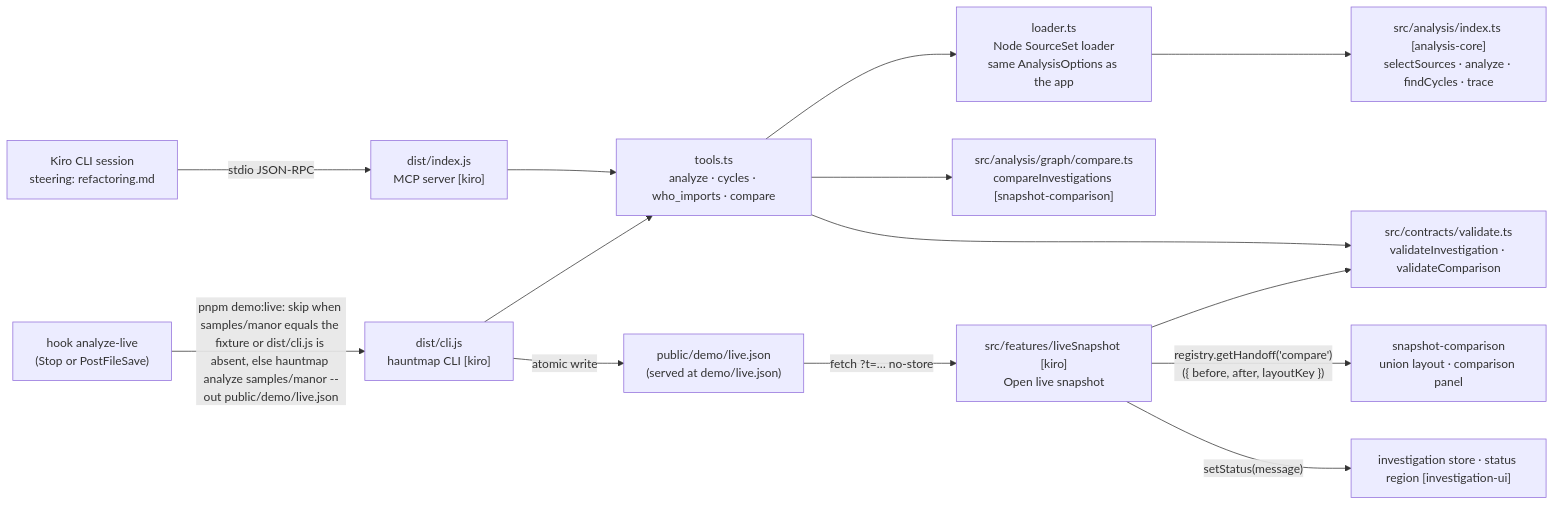
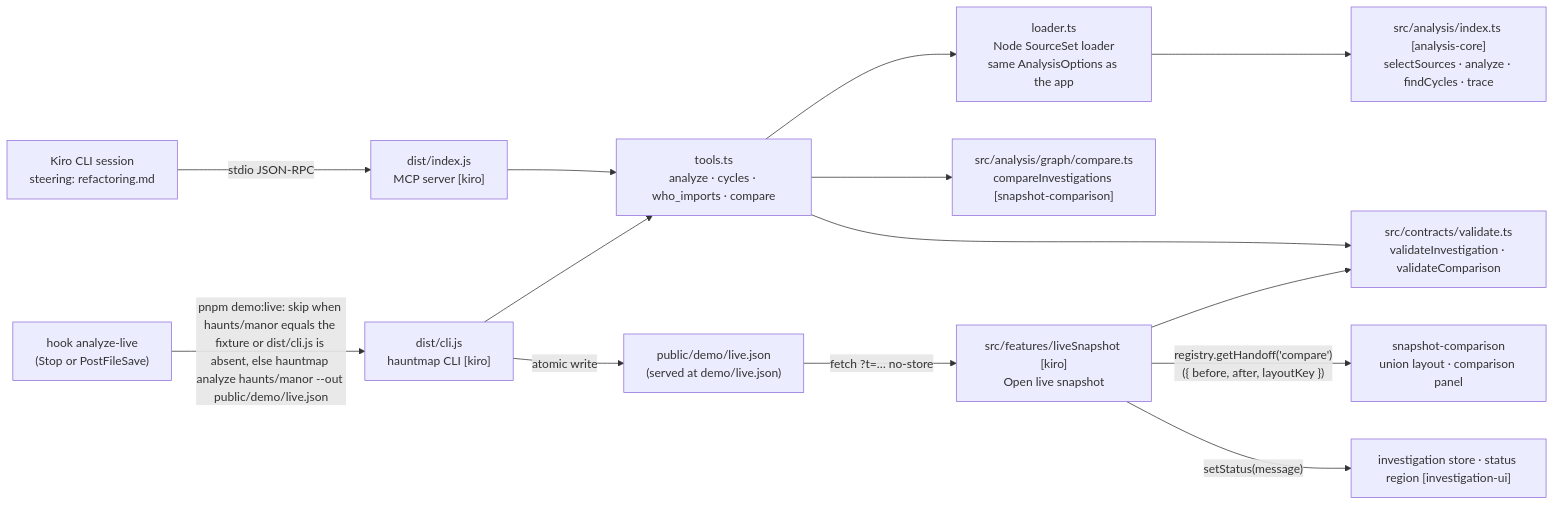
Before and after one commit to Midknight56/hauntmap: the first of 3 diagrams in .kiro/specs/kiro-integration/design.md, drawn with Mermaid. The commit also changed other lines of this file and 95 other files, not shown here.

Commit message:
Rename the working folder samples to haunts; the live label reads live:haunts/manor; button Revised manor

````diff
--- a/.kiro/specs/kiro-integration/design.md
+++ b/.kiro/specs/kiro-integration/design.md
@@ -13,16 +13,16 @@
 ```mermaid
 flowchart LR
   K["Kiro CLI session<br/>steering: refactoring.md"] -->|"stdio JSON-RPC"| S["dist/index.js<br/>MCP server [kiro]"]
-  H["hook analyze-live<br/>(Stop or PostFileSave)"] -->|"pnpm demo:live: skip when samples/manor equals the fixture or dist/cli.js is absent, else hauntmap analyze samples/manor --out public/demo/live.json"| C["dist/cli.js<br/>hauntmap CLI [kiro]"]
+  H["hook analyze-live<br/>(Stop or PostFileSave)"] -->|"pnpm demo:live: skip when haunts/manor equals the fixture or dist/cli.js is absent, else hauntmap analyze haunts/manor --out public/demo/live.json"| C["dist/cli.js<br/>hauntmap CLI [kiro]"]
   S --> T["tools.ts<br/>analyze · cycles · who_imports · compare"]
   C --> T
   T --> L["loader.ts<br/>Node SourceSet loader<br/>same AnalysisOptions as the app"]
   L --> A["src/analysis/index.ts [analysis-core]<br/>selectSources · analyze · findCycles · trace"]
   T --> CMP["src/analysis/graph/compare.ts<br/>compareInvestigations [snapshot-comparison]"]
   T --> V["src/contracts/validate.ts<br/>validateInvestigation · validateComparison"]
   C -->|"atomic write"| J["public/demo/live.json<br/>(served at demo/live.json)"]
   J -->|"fetch ?t=… no-store"| LS["src/features/liveSnapshot [kiro]<br/>Open live snapshot"]
   LS --> V
   LS -->|"registry.getHandoff('compare')({ before, after, layoutKey })"| SC["snapshot-comparison<br/>union layout · comparison panel"]
   LS -->|"setStatus(message)"| ST["investigation store · status region [investigation-ui]"]
 ```
````
